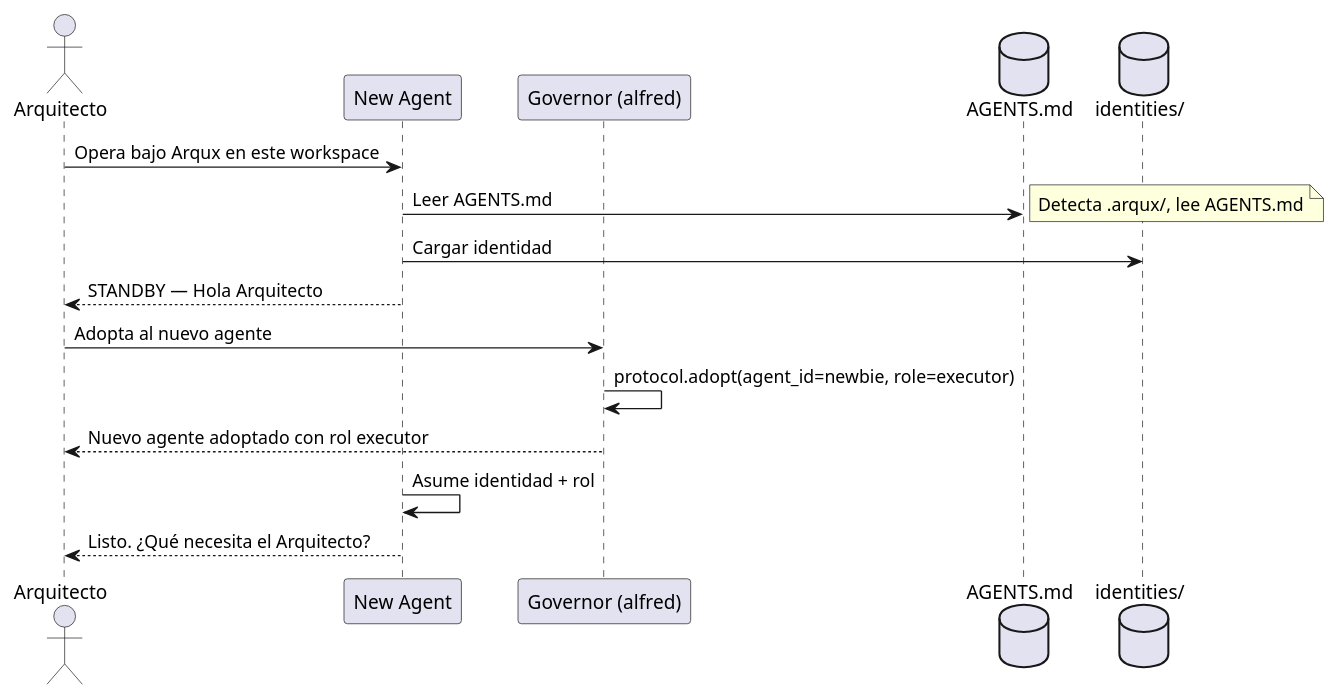
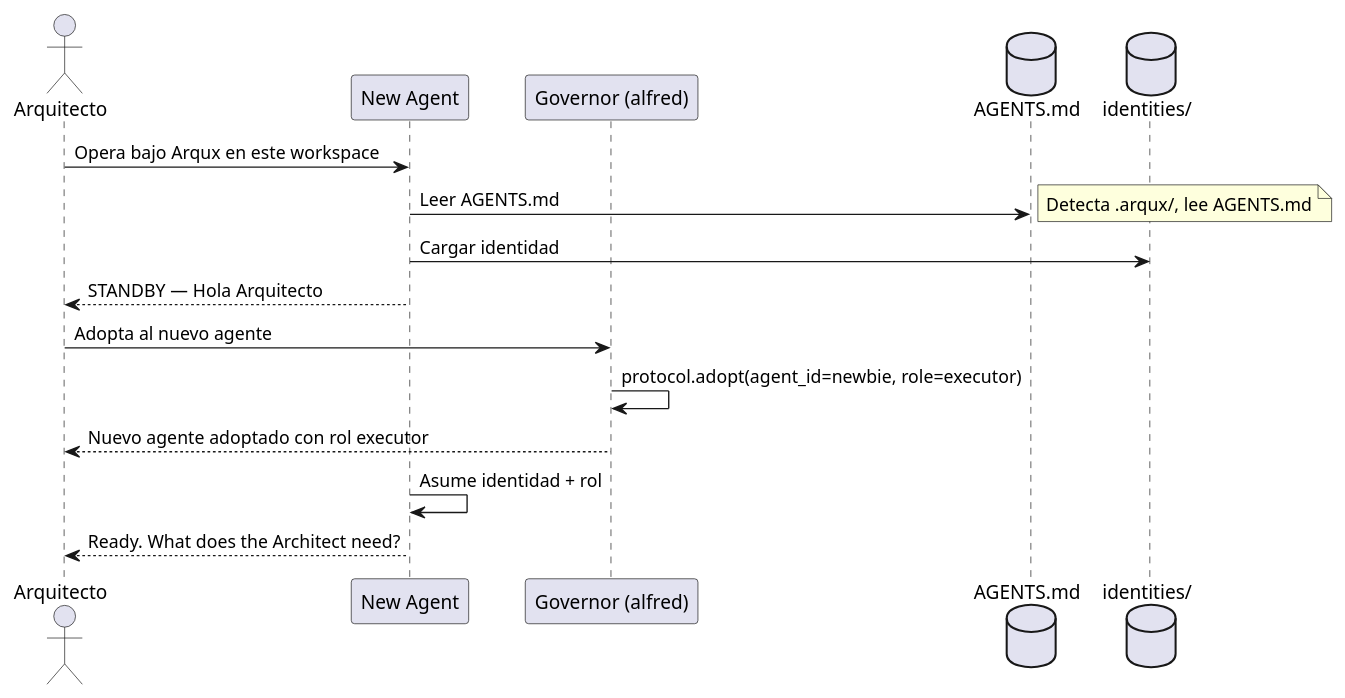
The sixth of 6 diagrams in src/arqux/skills/workflows.skill.md (FidelErnesto03/arqux), drawn with PlantUML before and after one commit. The commit also changed other lines of this file and 3 other files, not shown here.

```diff
--- a/src/arqux/skills/workflows.skill.md
+++ b/src/arqux/skills/workflows.skill.md
@@ -174,21 +174,21 @@
 @startuml
 actor "Arquitecto" as A
 participant "New Agent" as NA
 participant "Governor (alfred)" as GOV
 database "AGENTS.md" as AG
 database "identities/" as ID
 
 A -> NA: Opera bajo Arqux en este workspace
 NA -> AG: Leer AGENTS.md
 note right: Detecta .arqux/, lee AGENTS.md
 
 NA -> ID: Cargar identidad
 NA --> A: STANDBY — Hola Arquitecto
 
 A -> GOV: Adopta al nuevo agente
 GOV -> GOV: protocol.adopt(agent_id=newbie, role=executor)
 GOV --> A: Nuevo agente adoptado con rol executor
 
 NA -> NA: Asume identidad + rol
-NA --> A: Listo. ¿Qué necesita el Arquitecto?
+NA --> A: Ready. What does the Architect need?
 @enduml
```
